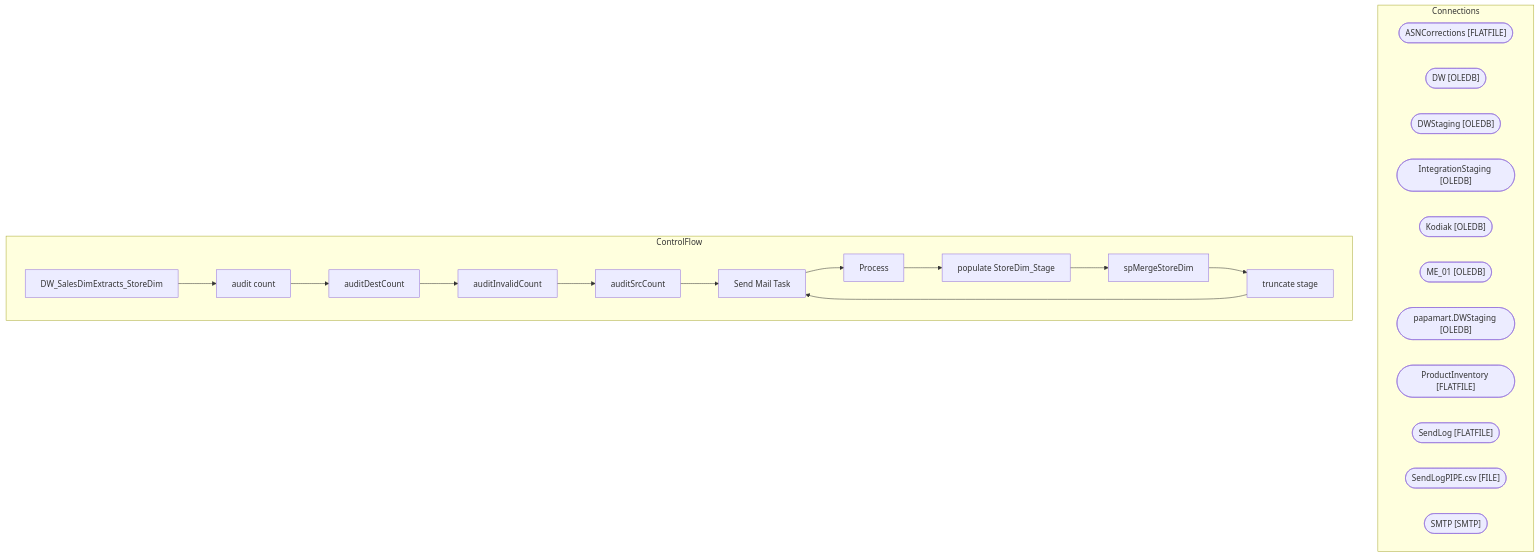
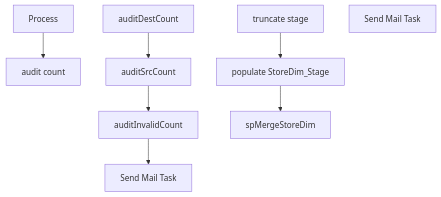
Before and after one commit to juanandresbrain/BABSkills: the diagram in bab-docs-explorer/Documentation/STL-SSIS-P-01/SSIS/DW/DW_SalesDimExtracts_StoreDim.DW_SalesDimExtracts_StoreDim.md, drawn with Mermaid. The commit also changed other lines of this file and 273 other files, not shown here.

````diff
--- a/bab-docs-explorer/Documentation/STL-SSIS-P-01/SSIS/DW/DW_SalesDimExtracts_StoreDim.DW_SalesDimExtracts_StoreDim.md
+++ b/bab-docs-explorer/Documentation/STL-SSIS-P-01/SSIS/DW/DW_SalesDimExtracts_StoreDim.DW_SalesDimExtracts_StoreDim.md
@@ -9,39 +56,19 @@
 ```mermaid
 flowchart TD
-    subgraph Connections
-        ASNCorrections_conn(["ASNCorrections [FLATFILE]"])
-        DW_conn(["DW [OLEDB]"])
-        DWStaging_conn(["DWStaging [OLEDB]"])
-        IntegrationStaging_conn(["IntegrationStaging [OLEDB]"])
-        Kodiak_conn(["Kodiak [OLEDB]"])
-        ME_01_conn(["ME_01 [OLEDB]"])
-        papamart_DWStaging_conn(["papamart.DWStaging [OLEDB]"])
-        ProductInventory_conn(["ProductInventory [FLATFILE]"])
-        SendLog_conn(["SendLog [FLATFILE]"])
-        SendLogPIPE_csv_conn(["SendLogPIPE.csv [FILE]"])
-        SMTP_conn(["SMTP [SMTP]"])
-    end
-    subgraph ControlFlow
-        DW_SalesDimExtracts_StoreDim_task["DW_SalesDimExtracts_StoreDim"]
-        audit_count_task["audit count"]
-        DW_SalesDimExtracts_StoreDim_task --> audit_count_task
-        auditDestCount_task["auditDestCount"]
-        audit_count_task --> auditDestCount_task
-        auditInvalidCount_task["auditInvalidCount"]
-        auditDestCount_task --> auditInvalidCount_task
-        auditSrcCount_task["auditSrcCount"]
-        auditInvalidCount_task --> auditSrcCount_task
-        Send_Mail_Task_task["Send Mail Task"]
-        auditSrcCount_task --> Send_Mail_Task_task
-        Process_task["Process"]
-        Send_Mail_Task_task --> Process_task
-        populate_StoreDim_Stage_task["populate StoreDim_Stage"]
-        Process_task --> populate_StoreDim_Stage_task
-        spMergeStoreDim_task["spMergeStoreDim"]
-        populate_StoreDim_Stage_task --> spMergeStoreDim_task
-        truncate_stage_task["truncate stage"]
-        spMergeStoreDim_task --> truncate_stage_task
-        Send_Mail_Task_task["Send Mail Task"]
-        truncate_stage_task --> Send_Mail_Task_task
-    end
+    n_Package_audit_count["audit count"]
+    n_Package_audit_count_auditDestCount["auditDestCount"]
+    n_Package_audit_count_auditInvalidCount["auditInvalidCount"]
+    n_Package_audit_count_auditSrcCount["auditSrcCount"]
+    n_Package_audit_count_Send_Mail_Task["Send Mail Task"]
+    n_Package_Process["Process"]
+    n_Package_Process_populate_StoreDim_Stage["populate StoreDim_Stage"]
+    n_Package_Process_spMergeStoreDim["spMergeStoreDim"]
+    n_Package_Process_truncate_stage["truncate stage"]
+    n_Package_EventHandlers_OnError__Send_Mail_Task["Send Mail Task"]
+    n_Package_audit_count_auditDestCount --> n_Package_audit_count_auditSrcCount
+    n_Package_audit_count_auditSrcCount --> n_Package_audit_count_auditInvalidCount
+    n_Package_audit_count_auditInvalidCount --> n_Package_audit_count_Send_Mail_Task
+    n_Package_Process_truncate_stage --> n_Package_Process_populate_StoreDim_Stage
+    n_Package_Process_populate_StoreDim_Stage --> n_Package_Process_spMergeStoreDim
+    n_Package_Process --> n_Package_audit_count
 ```
````
